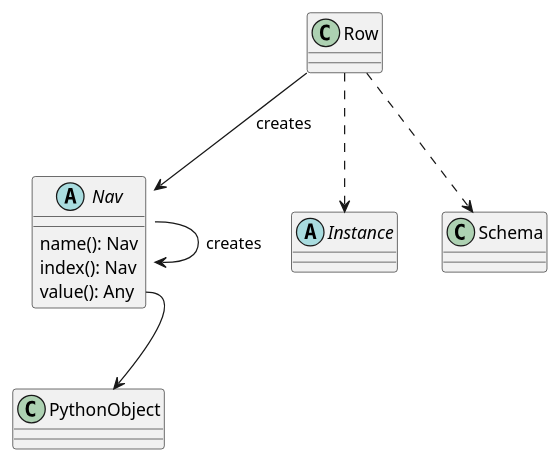
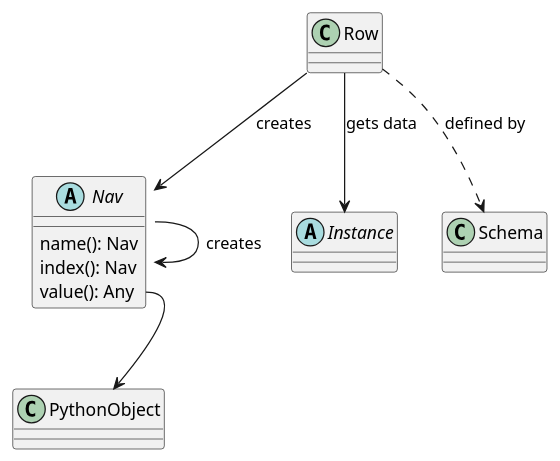
Before and after one commit to slott56/Stingray-Reader: the third of 3 diagrams in docs/source/developer.rst, drawn with PlantUML. The commit also changed other lines of this file and 299 other files, not shown here.

```diff
--- a/docs/source/developer.rst
+++ b/docs/source/developer.rst
@@ -464,25 +474,25 @@
 ..  uml::
 
     @startuml
 
     class Row
 
     abstract class Nav {
         name(): Nav
         index(): Nav
         value(): Any
     }
 
     abstract class Instance
     class Schema
 
-    Row ..> Instance
-    Row ..> Schema
+    Row --> Instance : "gets data"
+    Row ..> Schema : "defined by"
     Row --> Nav : "creates"
     Nav --> Nav : "creates"
 
     class PythonObject
 
     Nav::value --> PythonObject
 
     @enduml
```
